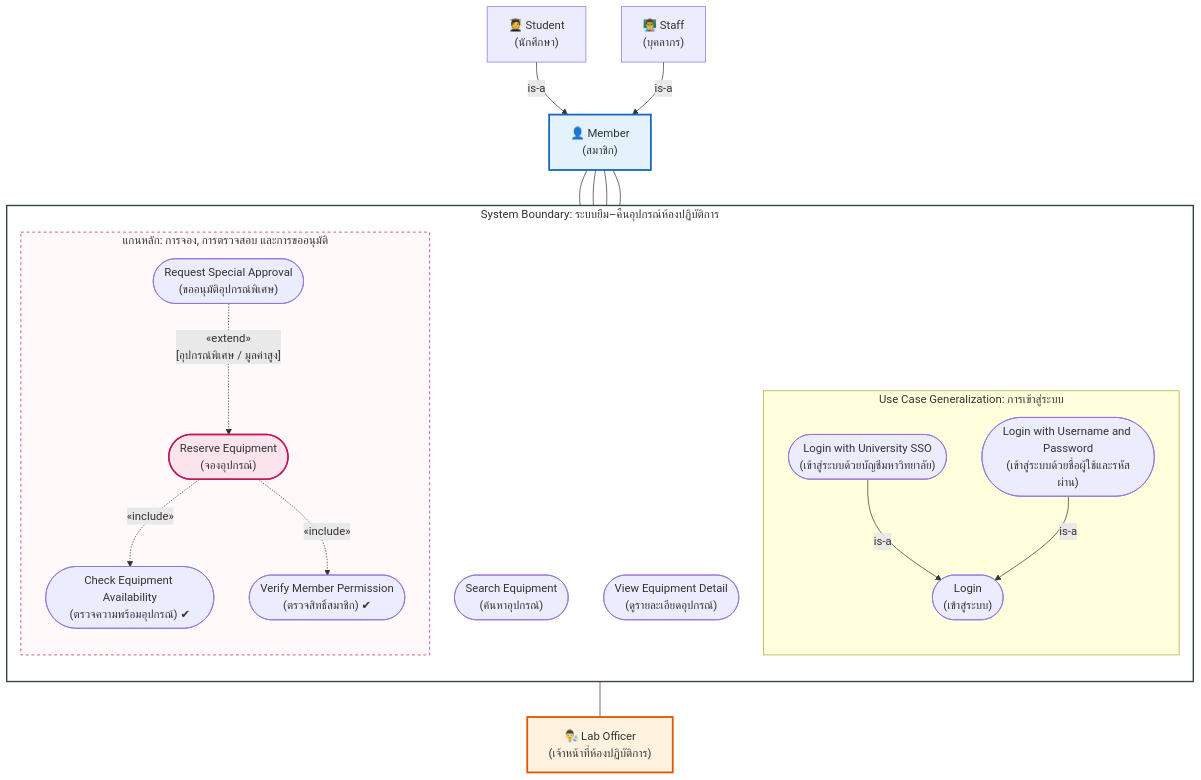
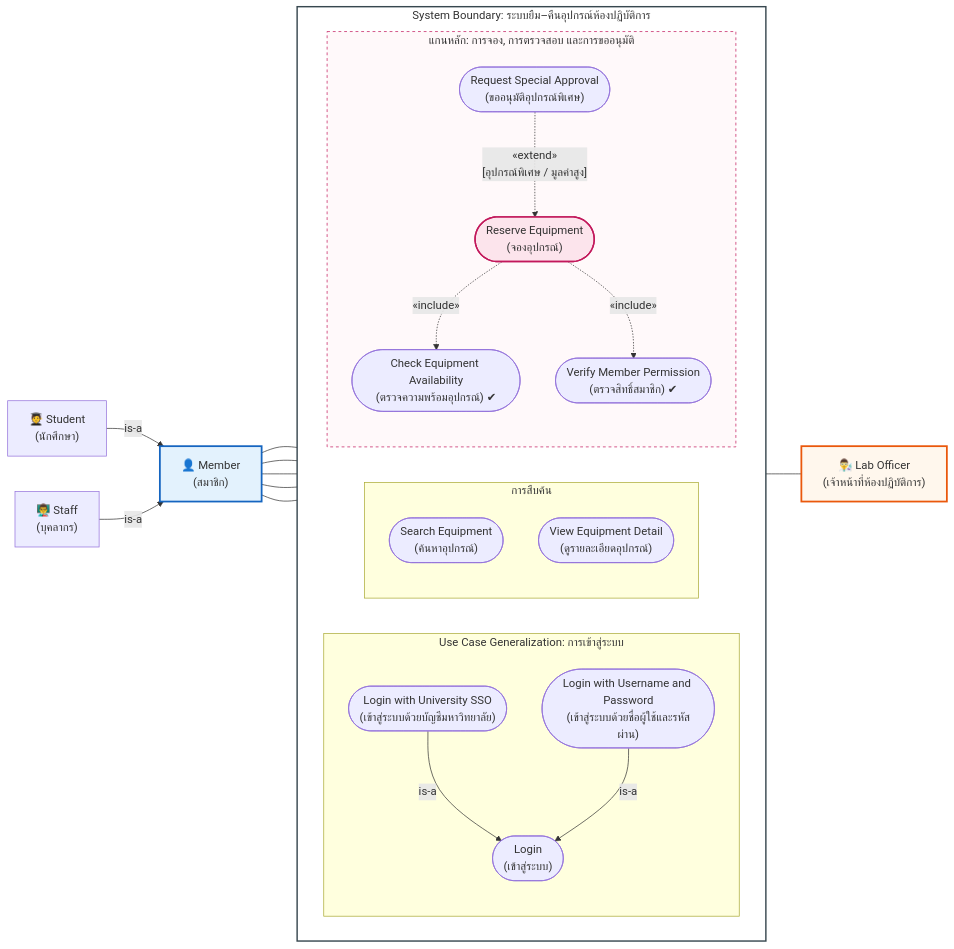
One commit to kanomoo/software-engineering changed the sixth of 6 diagrams in 04_Work_and_Homework/Use_Case_Diagram_Workshop/Lab_Equipment_Borrowing_System_Solution.md. Above: the diagram before and after it, drawn with Mermaid. The commit also changed other lines of this file and 6 other files, not shown here.

Commit message:
feat: add case study, workshop materials, and use case diagrams for lab equipment borrowing system

````diff
--- a/04_Work_and_Homework/Use_Case_Diagram_Workshop/Lab_Equipment_Borrowing_System_Solution.md
+++ b/04_Work_and_Homework/Use_Case_Diagram_Workshop/Lab_Equipment_Borrowing_System_Solution.md
@@ -394,52 +386,59 @@
 ```mermaid
-flowchart TB
+flowchart LR
     subgraph Boundary ["System Boundary: ระบบยืม–คืนอุปกรณ์ห้องปฏิบัติการ"]
-        direction TB
+        direction LR
 
         subgraph Generalization_Login ["Use Case Generalization: การเข้าสู่ระบบ"]
+            direction TB
             LOGIN(["Login<br/>(เข้าสู่ระบบ)"])
             SSO(["Login with University SSO<br/>(เข้าสู่ระบบด้วยบัญชีมหาวิทยาลัย)"])
             UP(["Login with Username and Password<br/>(เข้าสู่ระบบด้วยชื่อผู้ใช้และรหัสผ่าน)"])
 
             SSO -->|is-a| LOGIN
             UP -->|is-a| LOGIN
         end
 
-        SEARCH(["Search Equipment<br/>(ค้นหาอุปกรณ์)"])
-        VIEW(["View Equipment Detail<br/>(ดูรายละเอียดอุปกรณ์)"])
+        subgraph Catalog ["การสืบค้น"]
+            direction TB
+            SEARCH(["Search Equipment<br/>(ค้นหาอุปกรณ์)"])
+            VIEW(["View Equipment Detail<br/>(ดูรายละเอียดอุปกรณ์)"])
+        end
 
         subgraph Core_Reservation ["แกนหลัก: การจอง, การตรวจสอบ และการขออนุมัติ"]
+            direction TB
             RESERVE(["Reserve Equipment<br/>(จองอุปกรณ์)"])
             CHECK(["Check Equipment Availability<br/>(ตรวจความพร้อมอุปกรณ์) ✔"])
             VERIFY(["Verify Member Permission<br/>(ตรวจสิทธิ์สมาชิก) ✔"])
             APPROVAL(["Request Special Approval<br/>(ขออนุมัติอุปกรณ์พิเศษ)"])
 
             %% include: จากตัวหลัก Reserve พุ่งไปหาตัวย่อย Check และ Verify
             RESERVE -.->|«include»| CHECK
             RESERVE -.->|«include»| VERIFY
 
             %% extend: จากตัวเสริม Approval พุ่งขึ้นไปหาตัวหลัก Reserve
             APPROVAL -.->|"«extend»<br/>[อุปกรณ์พิเศษ / มูลค่าสูง]"| RESERVE
         end
     end
 
-    %% Actor Generalization
+    %% Actor Generalization (Left)
     STUDENT["🧑‍🎓 Student<br/>(นักศึกษา)"] -->|is-a| MEMBER["👤 Member<br/>(สมาชิก)"]
     STAFF_MEM["👨‍🏫 Staff<br/>(บุคลากร)"] -->|is-a| MEMBER
 
+    %% Supporting Actor (Right)
     OFFICER["👨‍🔬 Lab Officer<br/>(เจ้าหน้าที่ห้องปฏิบัติการ)"]
 
     %% Associations
     MEMBER --- LOGIN
     MEMBER --- SEARCH
     MEMBER --- VIEW
+    MEMBER --- CHECK
     MEMBER --- RESERVE
 
     APPROVAL --- OFFICER
 
     style Boundary fill:#ffffff,stroke:#37474f,stroke-width:2px
     style Core_Reservation fill:#fff9fa,stroke:#c2185b,stroke-dasharray: 4 4
     style MEMBER fill:#e3f2fd,stroke:#1565c0,stroke-width:2.5px
-    style OFFICER fill:#fff3e0,stroke:#e65100,stroke-width:2.5px
+    style OFFICER fill:#fff7ed,stroke:#ea580c,stroke-width:2.5px
     style RESERVE fill:#fce4ec,stroke:#c2185b,stroke-width:2px
 ```
````
